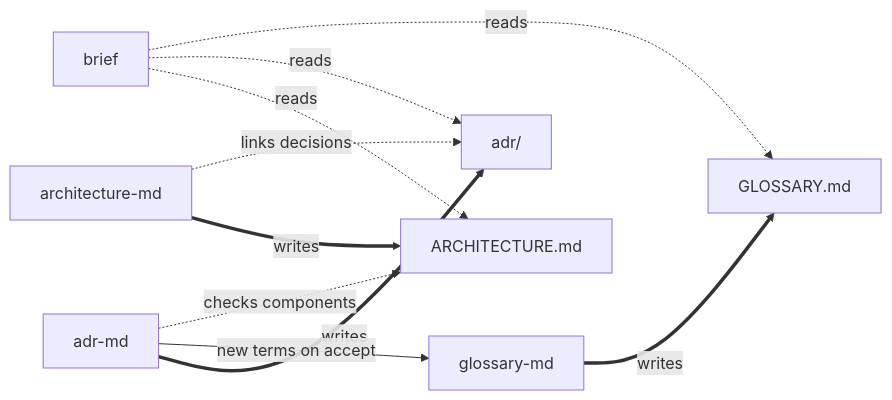
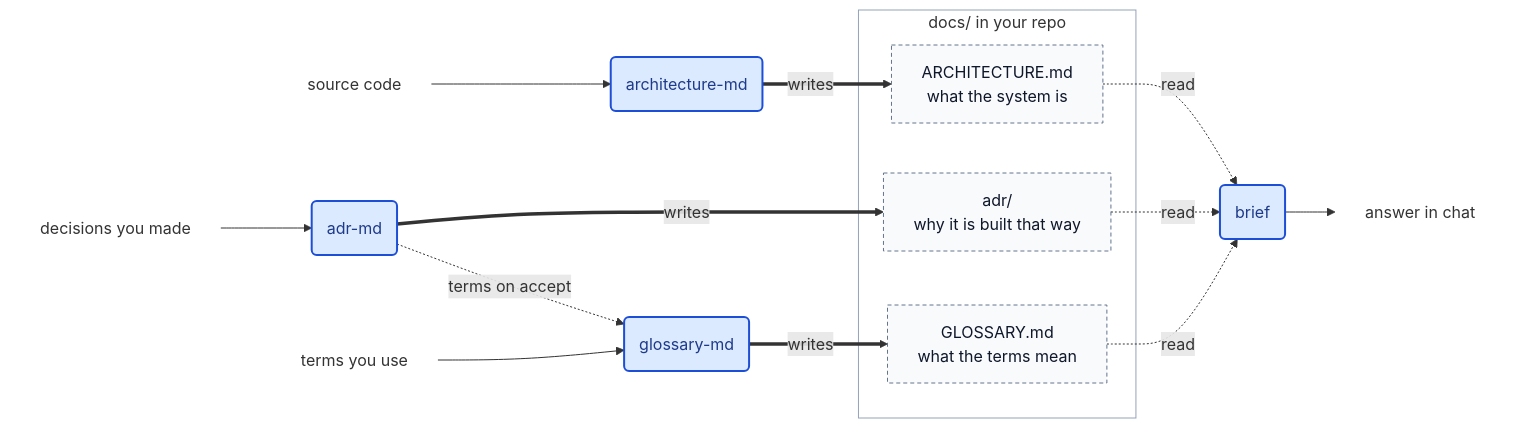
One commit to cdvel/architecture-skills changed the diagram in README.md. Above: the diagram before and after it, drawn with Mermaid. The commit also changed other lines of this file, not shown here.

Commit message:
docs: redraw skills diagram

````diff
--- a/README.md
+++ b/README.md
@@ -63,12 +63,25 @@
 ```mermaid
 flowchart LR
-  am["architecture-md"] == writes ==> A["ARCHITECTURE.md"]
-  ad["adr-md"] == writes ==> D["adr/"]
-  gm["glossary-md"] == writes ==> G["GLOSSARY.md"]
-  ad -- new terms on accept --> gm
-  am -. links decisions .-> D
-  ad -. checks components .-> A
-  br["brief"] -. reads .-> A
-  br -. reads .-> D
-  br -. reads .-> G
+  code["source code"]:::io --> am("architecture-md"):::skill
+  dec["decisions you made"]:::io --> ad("adr-md"):::skill
+  words["terms you use"]:::io --> gm("glossary-md"):::skill
+  ad -. terms on accept .-> gm
+
+  subgraph docs["docs/ in your repo"]
+    A["ARCHITECTURE.md<br/>what the system is"]:::file
+    D["adr/<br/>why it is built that way"]:::file
+    G["GLOSSARY.md<br/>what the terms mean"]:::file
+  end
+
+  am == writes ==> A
+  ad == writes ==> D
+  gm == writes ==> G
+
+  A & D & G -. read .-> br("brief"):::skill
+  br --> chat["answer in chat"]:::io
+
+  classDef skill fill:#dbeafe,stroke:#1d4ed8,stroke-width:2px,color:#1e3a8a
+  classDef file fill:#f8fafc,stroke:#64748b,stroke-dasharray:4 3,color:#0f172a
+  classDef io fill:none,stroke:none
+  style docs fill:none,stroke:#94a3b8
 ```
````
